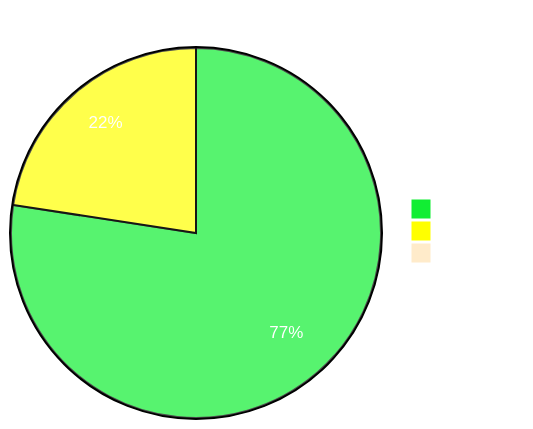
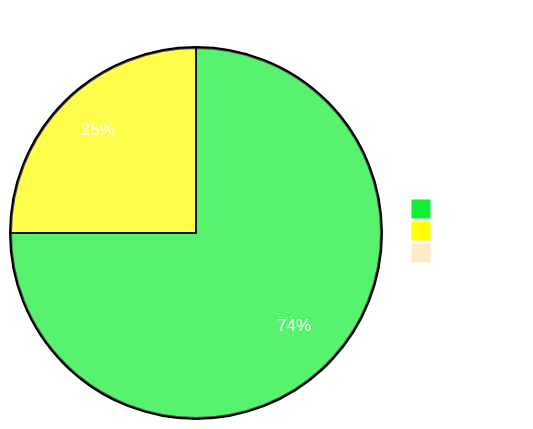
The diagram in Readme.md (sumanthtatipamula/Programming), drawn with Mermaid before and after one commit. The commit also changed 7 other files, not shown here.

````diff
--- a/Readme.md
+++ b/Readme.md
@@ -23,20 +23,20 @@
 ```mermaid
 %%{
   init:
   {
     'theme': 'base',
     'themeVariables':
       {
         'primaryTextColor': '#fff',
         'pie1': '#1E3',
         'pie2': '#FFFF00',
         'pie3': '#ffebca'
       }
   }
 }%%
 pie showData
     title Problems Solved Per Tag
     "Tree" : 96
-    "Graphs": 28
+    "Graphs": 32
     "Arrays": 1
 ```
````
